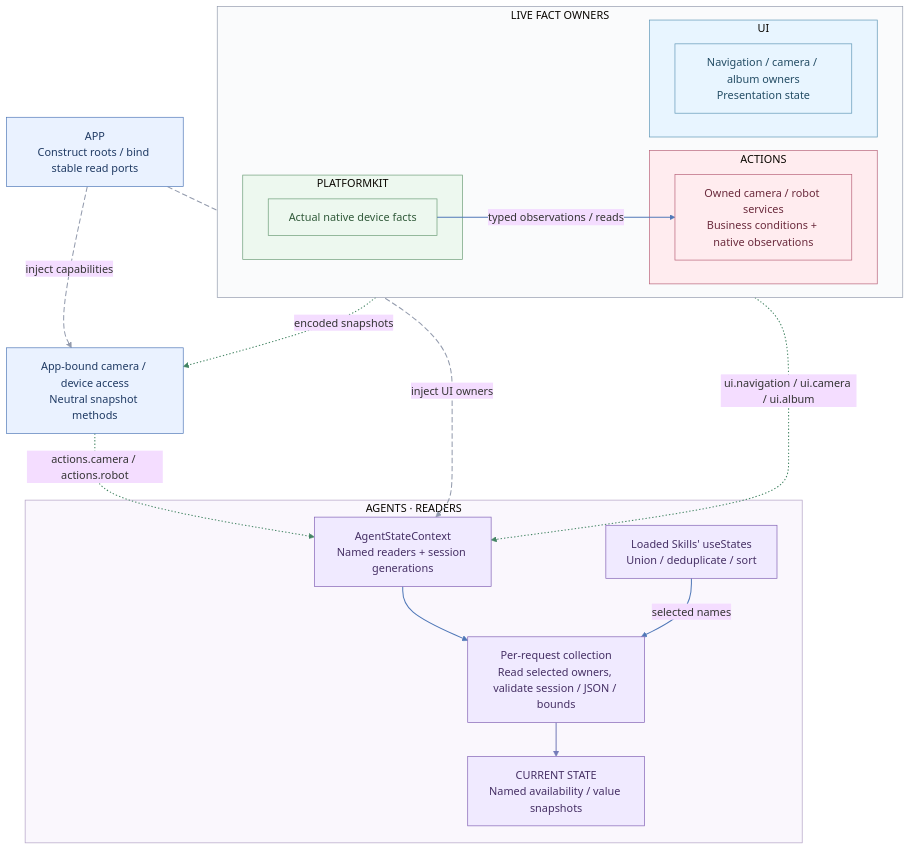
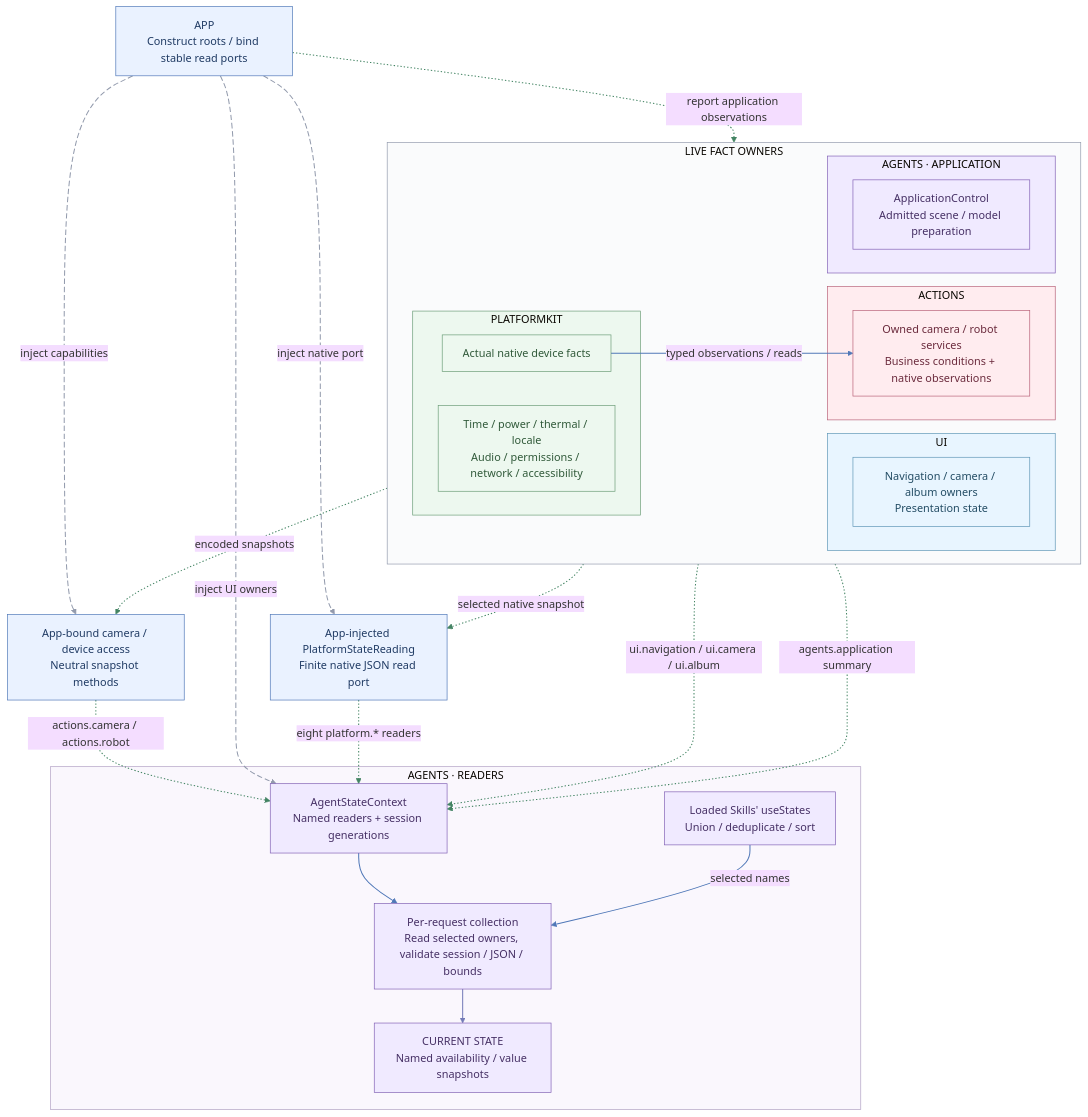
Before and after one commit to devilyouwei/MobileHarness: the tenth of 25 diagrams in MobileHarness/README.md, drawn with Mermaid (base theme). The commit also changed other lines of this file and 80 other files, not shown here.

````diff
--- a/MobileHarness/README.md
+++ b/MobileHarness/README.md
@@ -728,46 +728,57 @@
 ```mermaid
 flowchart TB
     App["APP<br/>Construct roots / bind stable read ports"]:::app
     subgraph Owners["LIVE FACT OWNERS"]
         direction LR
         subgraph Foundation["PLATFORMKIT"]
             Native["Actual native device facts"]:::platform
+            System["Time / power / thermal / locale<br/>Audio / permissions / network / accessibility"]:::platform
         end
         subgraph Business["ACTIONS"]
             Services["Owned camera / robot services<br/>Business conditions + native observations"]:::action
         end
         subgraph Presentation["UI"]
             UIState["Navigation / camera / album owners<br/>Presentation state"]:::ui
         end
+        subgraph Application["AGENTS · APPLICATION"]
+            AppState["ApplicationControl<br/>Admitted scene / model preparation"]:::agent
+        end
         Native -->|"typed observations / reads"| Services
     end
     Ports["App-bound camera / device access<br/>Neutral snapshot methods"]:::app
+    NativePort["App-injected PlatformStateReading<br/>Finite native JSON read port"]:::app
     subgraph Cognition["AGENTS · READERS"]
         Registry["AgentStateContext<br/>Named readers + session generations"]:::agent
         Select["Loaded Skills' useStates<br/>Union / deduplicate / sort"]:::agent
         Read["Per-request collection<br/>Read selected owners, validate session / JSON / bounds"]:::agent
         Facts["CURRENT STATE<br/>Named availability / value snapshots"]:::agent
         Registry --> Read
         Select -->|"selected names"| Read
         Read --> Facts
     end
     Services -.->|"encoded snapshots"| Ports
     Ports -.->|"actions.camera / actions.robot"| Registry
     UIState -.->|"ui.navigation / ui.camera / ui.album"| Registry
     App -.->|"inject capabilities"| Ports
     App -.->|"inject UI owners"| Registry
+    System -.->|"selected native snapshot"| NativePort
+    NativePort -.->|"eight platform.* readers"| Registry
+    App -.->|"inject native port"| NativePort
+    AppState -.->|"agents.application summary"| Registry
+    App -.->|"report application observations"| AppState
     style Owners fill:#fafbfc,stroke:#939bad
     style Foundation fill:#edf8ef,stroke:#6b9d77
     style Business fill:#ffecef,stroke:#b86178
     style Presentation fill:#e8f5ff,stroke:#5f96b6
+    style Application fill:#f0eaff,stroke:#8261b5
     style Cognition fill:#faf7fd,stroke:#b1a0c4
     classDef app fill:#eaf2ff,stroke:#5078b8,color:#203b64
     classDef agent fill:#f0eaff,stroke:#8261b5,color:#463065
     classDef action fill:#ffecef,stroke:#b86178,color:#6b2b3d
     classDef ui fill:#e8f5ff,stroke:#5f96b6,color:#244d65
     classDef platform fill:#edf8ef,stroke:#6b9d77,color:#315a3a
     linkStyle 0,1,2 stroke:#5078b8,stroke-width:1.5px
     linkStyle 3 stroke:#747bb8,stroke-width:1.5px
-    linkStyle 4,5,6 stroke:#438463,stroke-width:1.5px,stroke-dasharray:2 3
-    linkStyle 7,8 stroke:#939bad,stroke-width:1.5px,stroke-dasharray:8 4
+    linkStyle 4,5,6,9,10,12,13 stroke:#438463,stroke-width:1.5px,stroke-dasharray:2 3
+    linkStyle 7,8,11 stroke:#939bad,stroke-width:1.5px,stroke-dasharray:8 4
 ```
````
